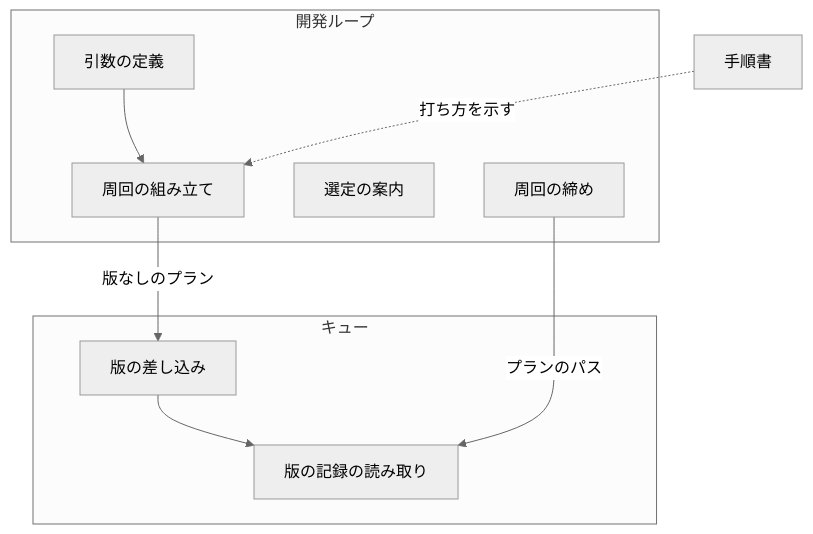
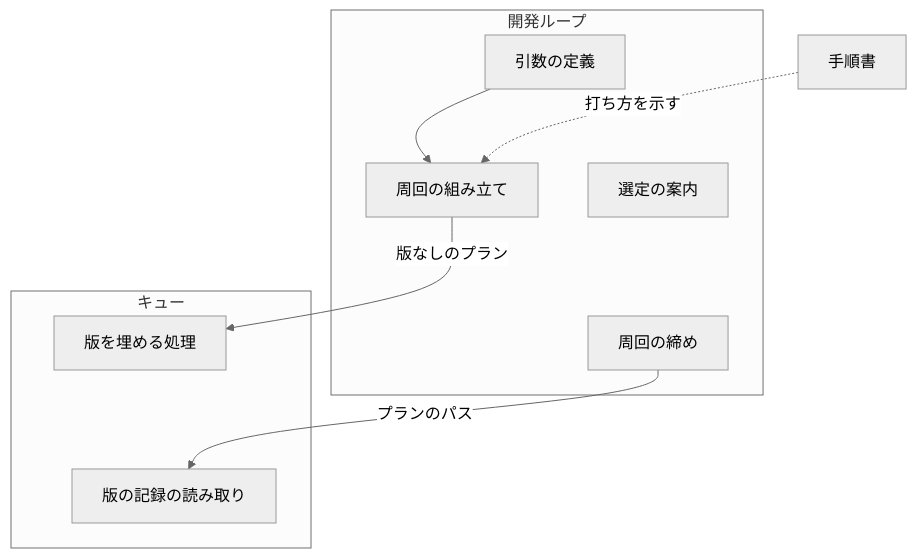
The first of 5 diagrams in issues/issue-2354-design.md (devbasex/ai-plugins), drawn with Mermaid (neutral theme) before and after one commit. The commit also changed other lines of this file, not shown here.

First line of the commit message:
Docs: 開発ループの設計の語と図を読み手が問い直さずに読める形へそろえる

````diff
--- a/issues/issue-2354-design.md
+++ b/issues/issue-2354-design.md
@@ -150,14 +150,16 @@
 ```mermaid
 graph TD
     subgraph 開発ループ
         A[引数の定義] --> B[周回の組み立て]
         C[選定の案内]
         D[周回の締め]
+        A ~~~ C
+        C ~~~ D
     end
     subgraph キュー
-        E[版の差し込み] --> F[版の記録の読み取り]
+        E[版を埋める処理] ~~~ F[版の記録の読み取り]
     end
     B -->|版なしのプラン| E
     D -->|プランのパス| F
     G[手順書] -.打ち方を示す.-> B
 ```
````
